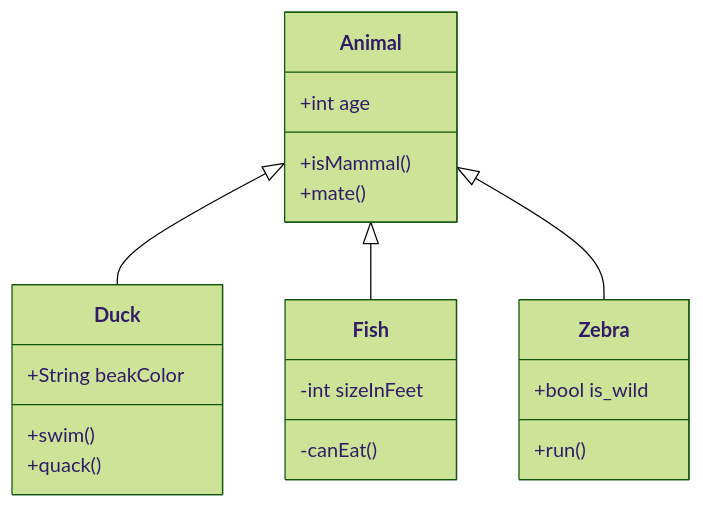
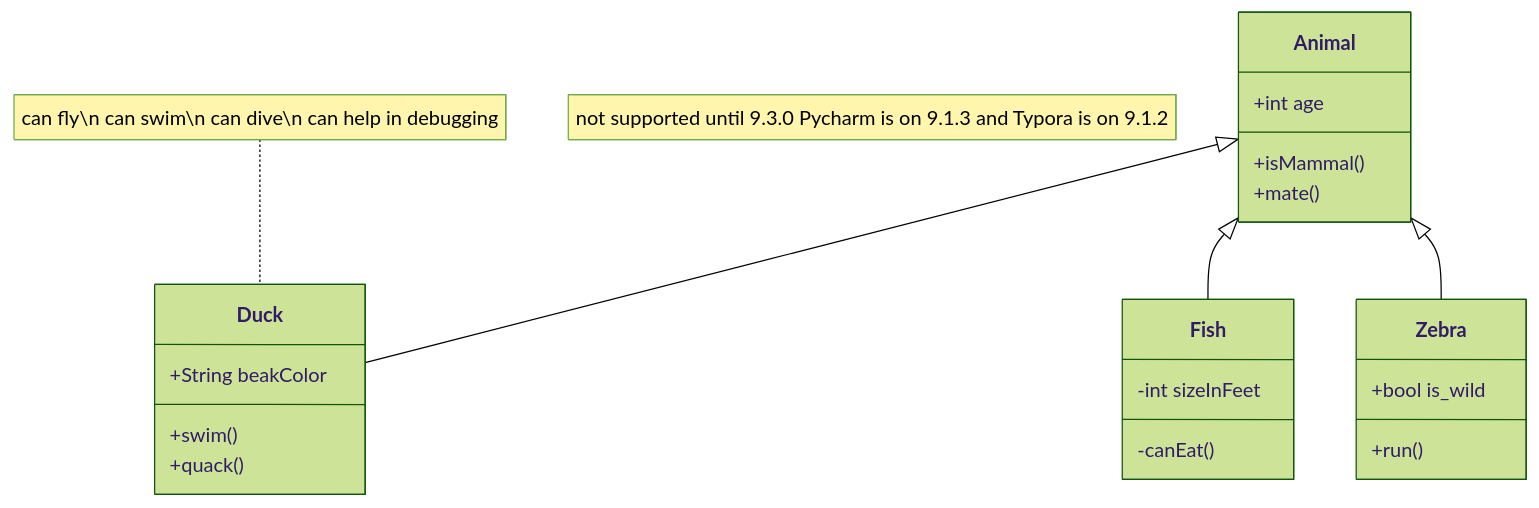
The diagram in tests/resources/testdata/mermaidgolden/MermaidNote.md (hasii2011/pyutplugins), drawn with Mermaid (forest theme) before and after one commit. The commit also changed 6 other files, not shown here.

````diff
--- a/tests/resources/testdata/mermaidgolden/MermaidNote.md
+++ b/tests/resources/testdata/mermaidgolden/MermaidNote.md
@@ -1,27 +1,27 @@
 ```mermaid
 classDiagram
  
-    %% Note not supported until 9.3.0 Pycharm is on 9.1.3 and Typora is on 9.1.2
+    note "not supported until 9.3.0 Pycharm is on 9.1.3 and Typora is on 9.1.2"
     Animal <|-- Duck
-    %% note for Duck "can fly\n can swim\n can dive\n can help in debugging"
+    note for Duck "can fly\n can swim\n can dive\n can help in debugging"
     Animal <|-- Fish
     Animal <|-- Zebra
     class Animal {
         +int age
         +isMammal()
         +mate()
     }
     class Duck {
         +String beakColor
         +swim()
         +quack()
     }
     class Fish {
         -int sizeInFeet
         -canEat()
     }
     class Zebra {
         +bool is_wild
         +run()
     }
 ```
````
